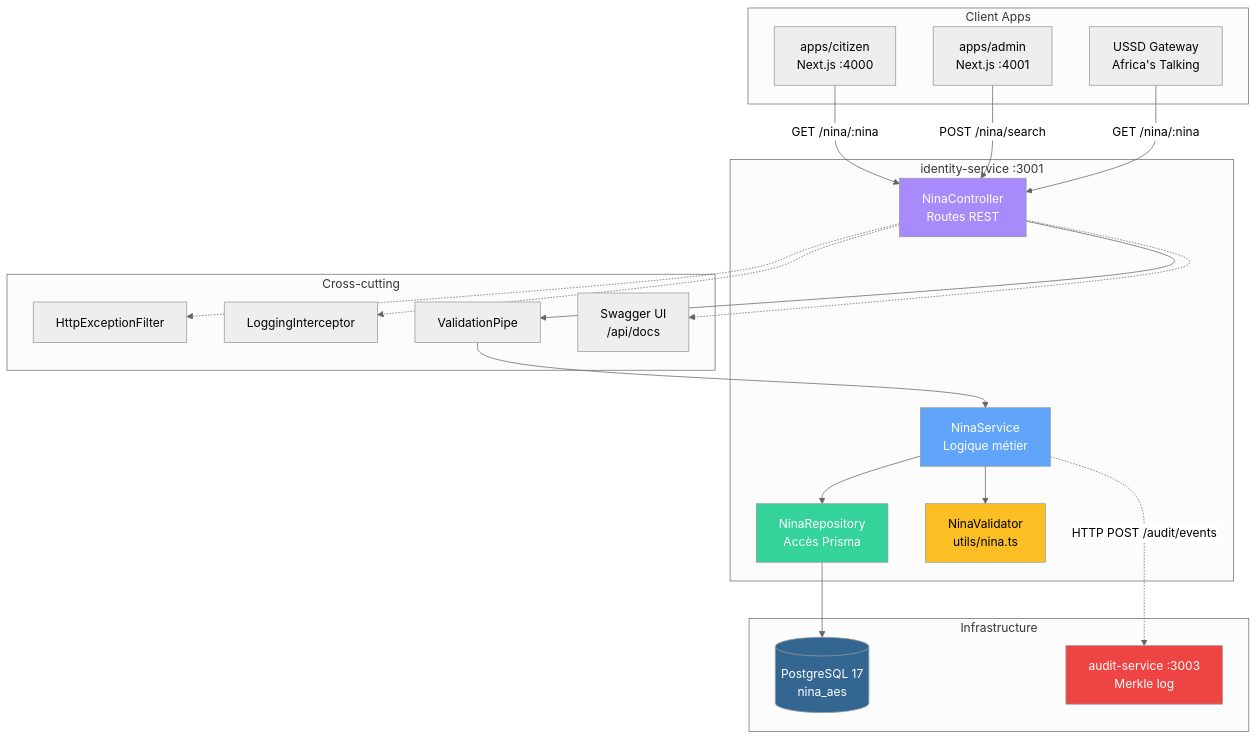
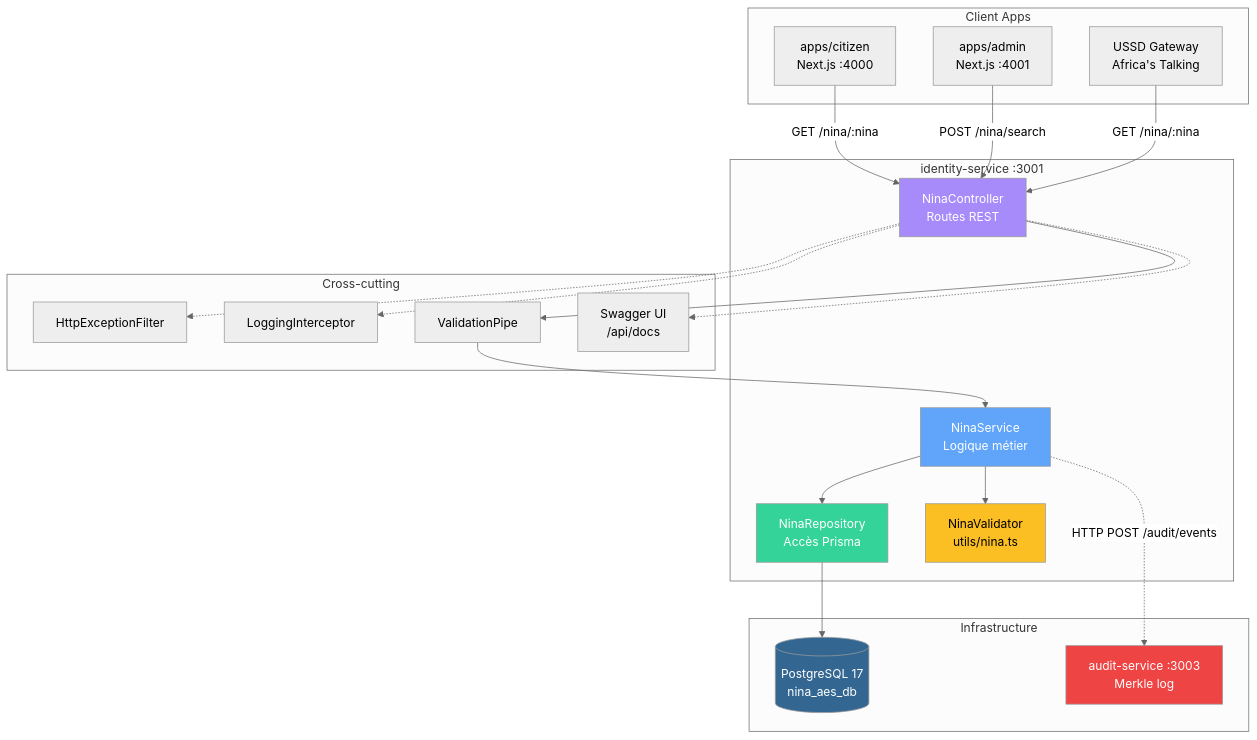
One commit to TheManInPink/Session-Ete-2026 changed the diagram in docs/07-BACKEND-IDENTITY-SERVICE.md. Above: the diagram before and after it, drawn with Mermaid (neutral theme). The commit also changed other lines of this file and 6 other files, not shown here.

````diff
--- a/docs/07-BACKEND-IDENTITY-SERVICE.md
+++ b/docs/07-BACKEND-IDENTITY-SERVICE.md
@@ -123,50 +123,50 @@
 ```mermaid
 flowchart TB
     subgraph "Client Apps"
         CIT[apps/citizen<br/>Next.js :4000]
         ADM[apps/admin<br/>Next.js :4001]
         USSD[USSD Gateway<br/>Africa's Talking]
     end
 
     subgraph "identity-service :3001"
         CTRL[NinaController<br/>Routes REST]
         SVC[NinaService<br/>Logique métier]
         REPO[NinaRepository<br/>Accès Prisma]
         VAL[NinaValidator<br/>utils/nina.ts]
     end
 
     subgraph "Cross-cutting"
         FILTER[HttpExceptionFilter]
         INTERCEPT[LoggingInterceptor]
         PIPE[ValidationPipe]
         SWAGGER[Swagger UI<br/>/api/docs]
     end
 
     subgraph "Infrastructure"
-        PG[(PostgreSQL 17<br/>nina_aes)]
+        PG[(PostgreSQL 17<br/>nina_aes_db)]
         AUDIT[audit-service :3003<br/>Merkle log]
     end
 
     CIT -->|GET /nina/:nina| CTRL
     ADM -->|POST /nina/search| CTRL
     USSD -->|GET /nina/:nina| CTRL
 
     CTRL --> PIPE
     PIPE --> SVC
     SVC --> VAL
     SVC --> REPO
     REPO --> PG
 
     CTRL -.-> FILTER
     CTRL -.-> INTERCEPT
     CTRL -.-> SWAGGER
 
     SVC -.->|HTTP POST /audit/events| AUDIT
 
     style CTRL fill:#a78bfa,color:#fff
     style SVC fill:#60a5fa,color:#fff
     style REPO fill:#34d399,color:#fff
     style VAL fill:#fbbf24,color:#000
     style PG fill:#336791,color:#fff
     style AUDIT fill:#ef4444,color:#fff
 ```
````
